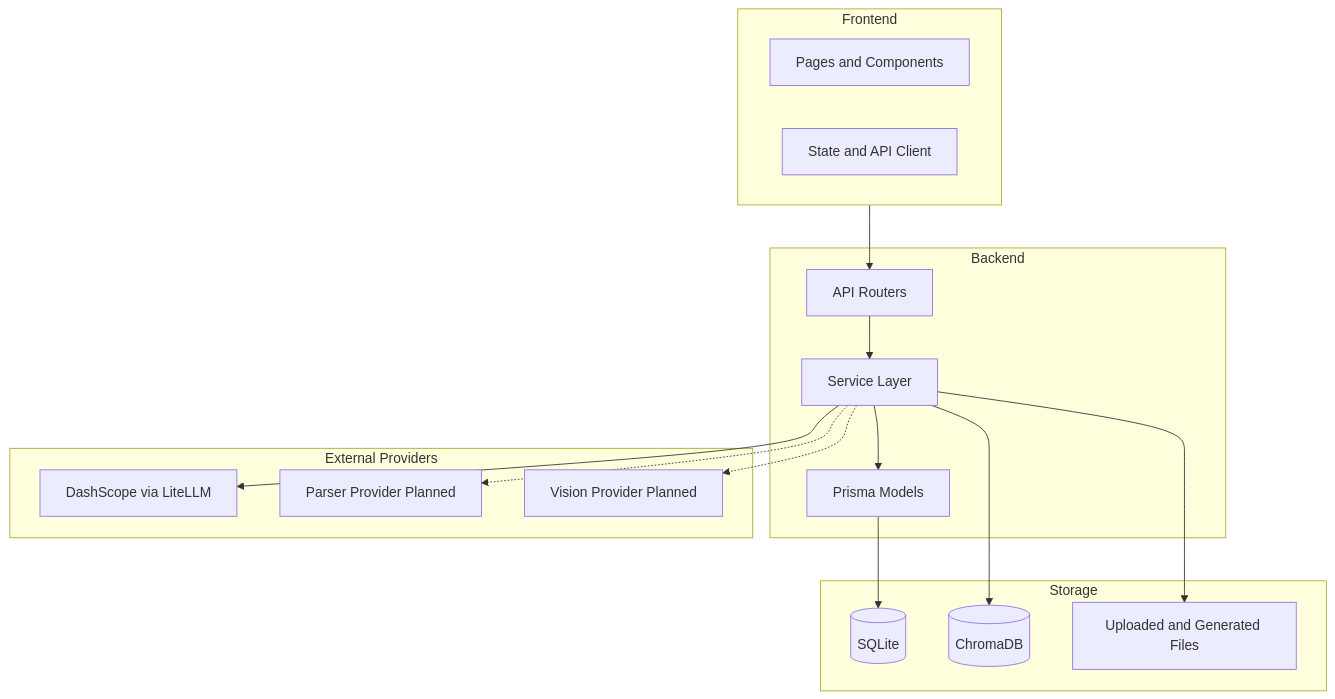
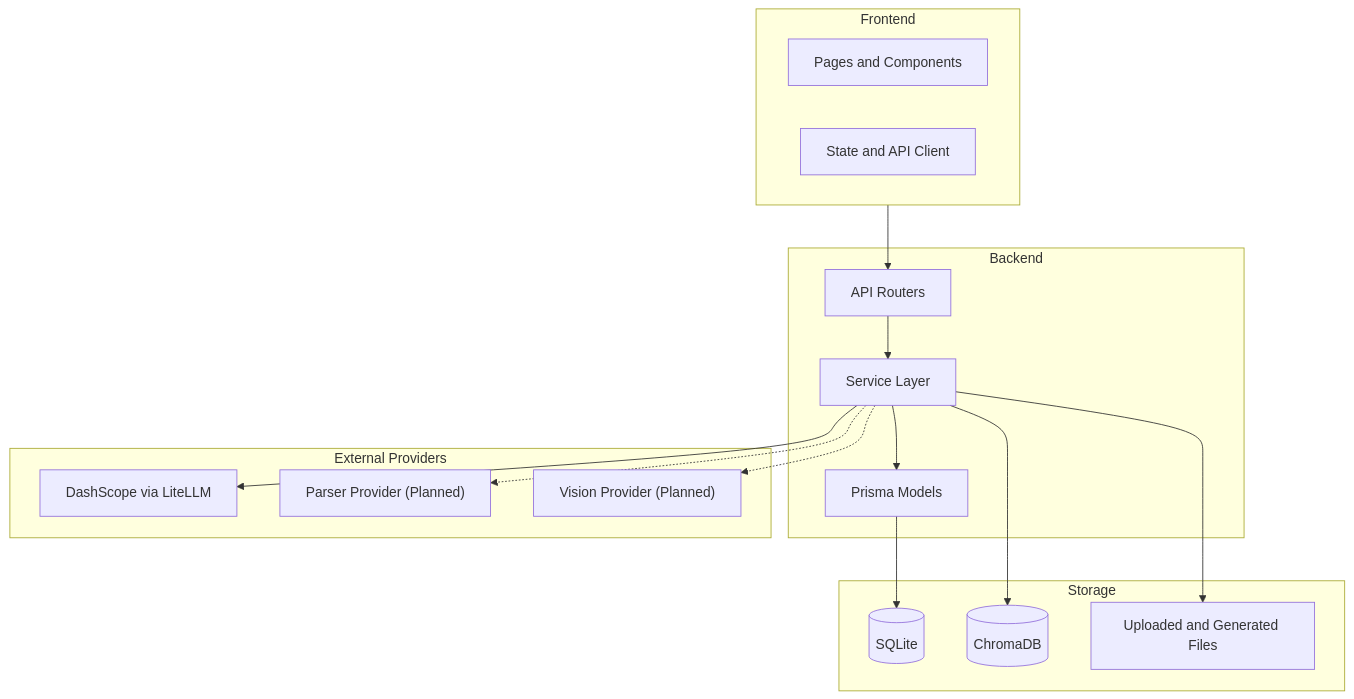
One commit to ln-one/Spectra changed the diagram in docs/architecture/system/overview.md. Above: the diagram before and after it, drawn with Mermaid. The commit also changed other lines of this file and 104 other files, not shown here.

````diff
--- a/docs/architecture/system/overview.md
+++ b/docs/architecture/system/overview.md
@@ -11,35 +11,35 @@
 ```mermaid
 flowchart TB
-    subgraph FE[Frontend]
-        FEPages[Pages and Components]
-        FEState[State and API Client]
-    end
+ subgraph FE["Frontend"]
+ FEPages["Pages and Components"]
+ FEState["State and API Client"]
+ end
 
-    subgraph BE[Backend]
-        BERouter[API Routers]
-        BEService[Service Layer]
-        BEModel[Prisma Models]
-    end
+ subgraph BE["Backend"]
+ BERouter["API Routers"]
+ BEService["Service Layer"]
+ BEModel["Prisma Models"]
+ end
 
-    subgraph Store[Storage]
-        DB[(SQLite)]
-        VDB[(ChromaDB)]
-        FS[Uploaded and Generated Files]
-    end
+ subgraph Store["Storage"]
+ DB[("SQLite")]
+ VDB[("ChromaDB")]
+ FS["Uploaded and Generated Files"]
+ end
 
-    subgraph Ext[External Providers]
-        LLM[DashScope via LiteLLM]
-        Parser[Parser Provider Planned]
-        Vision[Vision Provider Planned]
-    end
+ subgraph Ext["External Providers"]
+ LLM["DashScope via LiteLLM"]
+ Parser["Parser Provider (Planned)"]
+ Vision["Vision Provider (Planned)"]
+ end
 
-    FE --> BERouter
-    BERouter --> BEService
-    BEService --> BEModel
-    BEModel --> DB
-    BEService --> VDB
-    BEService --> FS
-    BEService --> LLM
-    BEService -.-> Parser
-    BEService -.-> Vision
+ FE --> BERouter
+ BERouter --> BEService
+ BEService --> BEModel
+ BEModel --> DB
+ BEService --> VDB
+ BEService --> FS
+ BEService --> LLM
+ BEService -.-> Parser
+ BEService -.-> Vision
 ```
````
